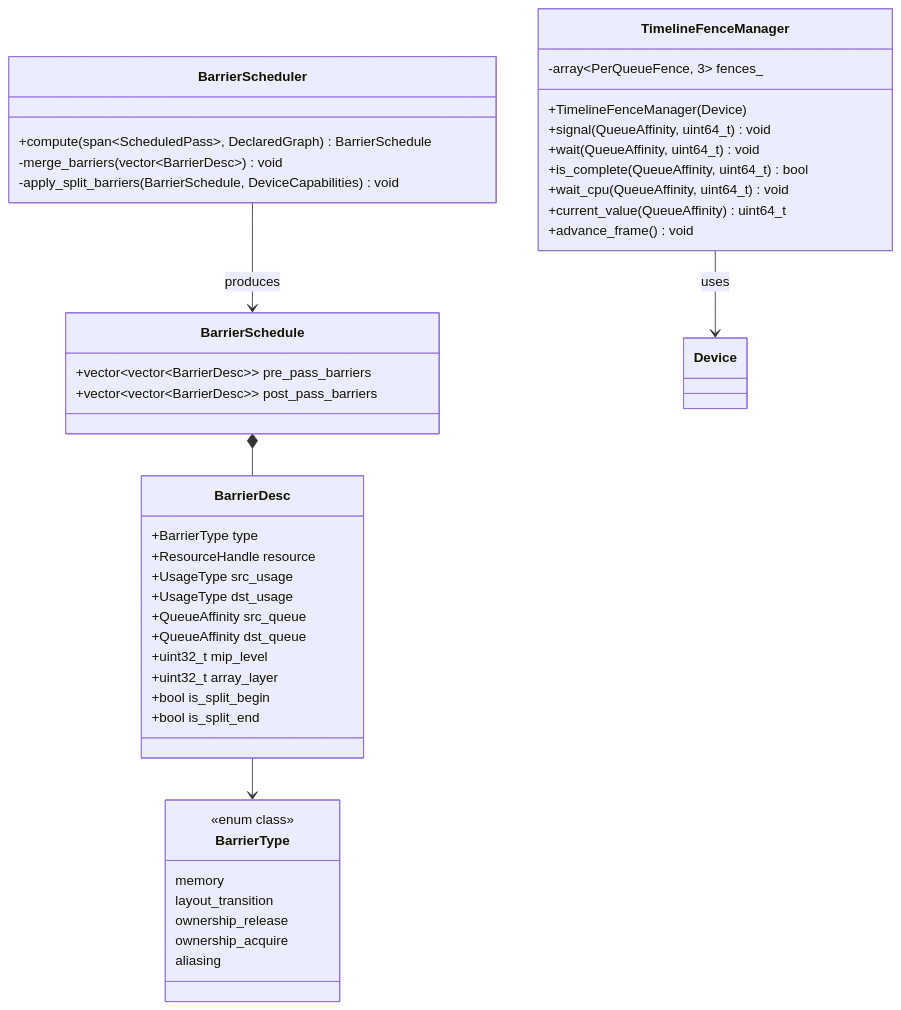
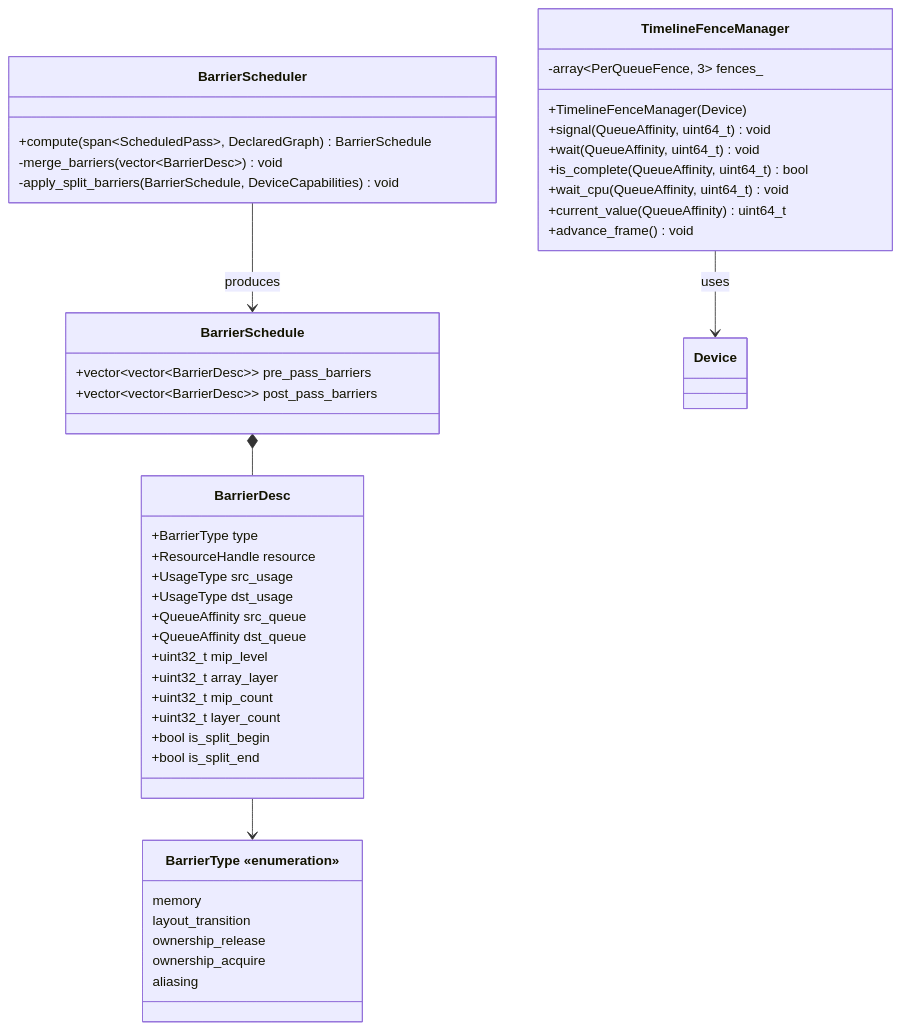
One commit to harmonius-dev/harmonius changed the fifth of 15 diagrams in docs/design/render-graph-classes.md. Above: the diagram before and after it, drawn with Mermaid. The commit also changed other lines of this file and 26 other files, not shown here.

Commit message:
Add class diagrams and update CMake config

````diff
--- a/docs/design/render-graph-classes.md
+++ b/docs/design/render-graph-classes.md
@@ -326,47 +469,48 @@
 ```mermaid
 classDiagram
     class BarrierScheduler {
         +compute(span~ScheduledPass~, DeclaredGraph) BarrierSchedule
         -merge_barriers(vector~BarrierDesc~) void
         -apply_split_barriers(BarrierSchedule, DeviceCapabilities) void
     }
     class BarrierSchedule {
         +vector~vector~BarrierDesc~~ pre_pass_barriers
         +vector~vector~BarrierDesc~~ post_pass_barriers
     }
     class TimelineFenceManager {
         +TimelineFenceManager(Device)
         +signal(QueueAffinity, uint64_t) void
         +wait(QueueAffinity, uint64_t) void
         +is_complete(QueueAffinity, uint64_t) bool
         +wait_cpu(QueueAffinity, uint64_t) void
         +current_value(QueueAffinity) uint64_t
         +advance_frame() void
         -array~PerQueueFence, 3~ fences_
     }
     class BarrierDesc {
         +BarrierType type
         +ResourceHandle resource
         +UsageType src_usage
         +UsageType dst_usage
         +QueueAffinity src_queue
         +QueueAffinity dst_queue
         +uint32_t mip_level
         +uint32_t array_layer
+        +uint32_t mip_count
+        +uint32_t layer_count
         +bool is_split_begin
         +bool is_split_end
     }
-    class BarrierType {
-        <<enum class>>
+    class BarrierType["BarrierType «enumeration»"] {
         memory
         layout_transition
         ownership_release
         ownership_acquire
         aliasing
     }
 
     BarrierScheduler --> BarrierSchedule : produces
     BarrierSchedule *-- BarrierDesc
     BarrierDesc --> BarrierType
     TimelineFenceManager --> Device : uses
 ```
````
